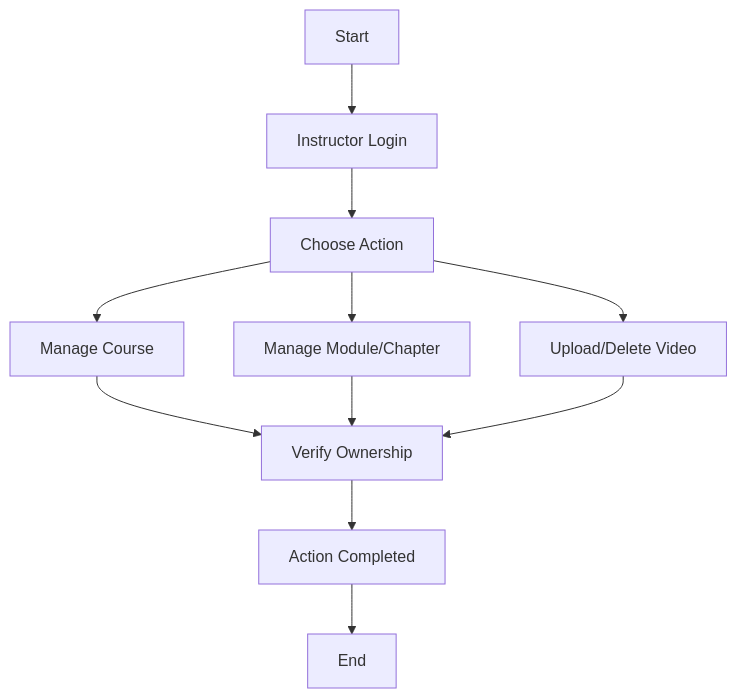
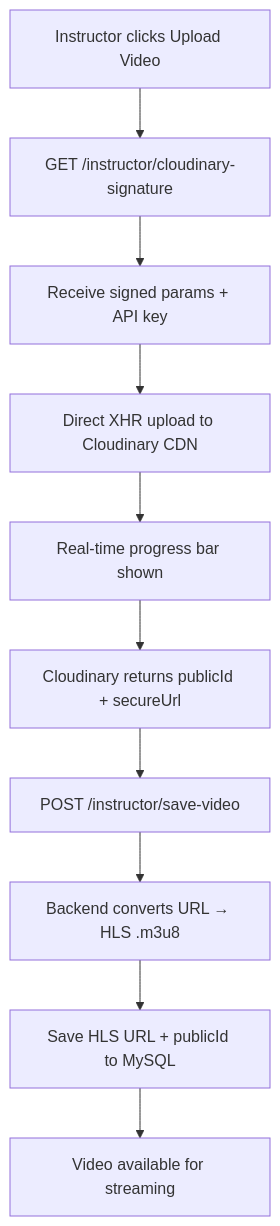
One commit to laveshgaur/LearnFlow changed the third of 8 diagrams in FUNCTIONAL_DOCUMENT.md. Above: the diagram before and after it, drawn with Mermaid. The commit also changed other lines of this file and 11 other files, not shown here.

````diff
--- a/FUNCTIONAL_DOCUMENT.md
+++ b/FUNCTIONAL_DOCUMENT.md
@@ -183,13 +272,12 @@
 ```mermaid
 flowchart TD
-A[Start] --> B[Instructor Login]
-B --> C[Choose Action]
-C --> D1[Manage Course]
-C --> D2[Manage Module/Chapter]
-C --> D3[Upload/Delete Video]
-D1 --> E[Verify Ownership]
-D2 --> E
-D3 --> E
-E --> F[Action Completed]
-F --> G[End]
+A[Instructor clicks Upload Video] --> B[GET /instructor/cloudinary-signature]
+B --> C[Receive signed params + API key]
+C --> D[Direct XHR upload to Cloudinary CDN]
+D --> E[Real-time progress bar shown]
+E --> F[Cloudinary returns publicId + secureUrl]
+F --> G[POST /instructor/save-video]
+G --> H[Backend converts URL → HLS .m3u8]
+H --> I[Save HLS URL + publicId to MySQL]
+I --> J[Video available for streaming]
 ```
````
